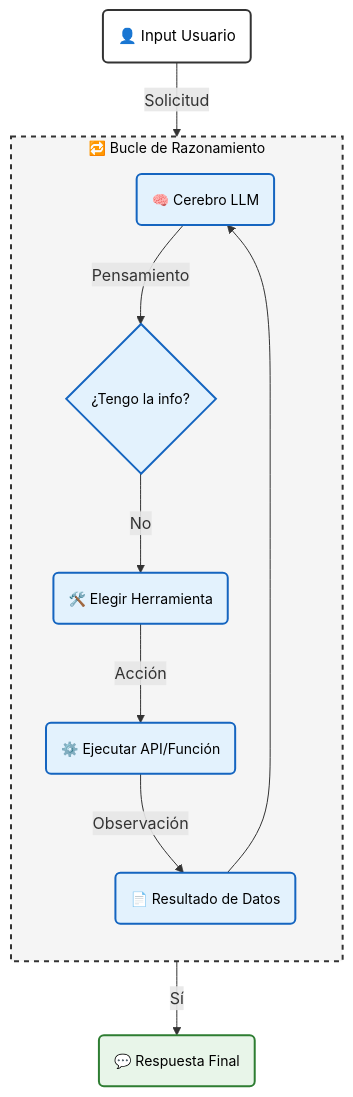
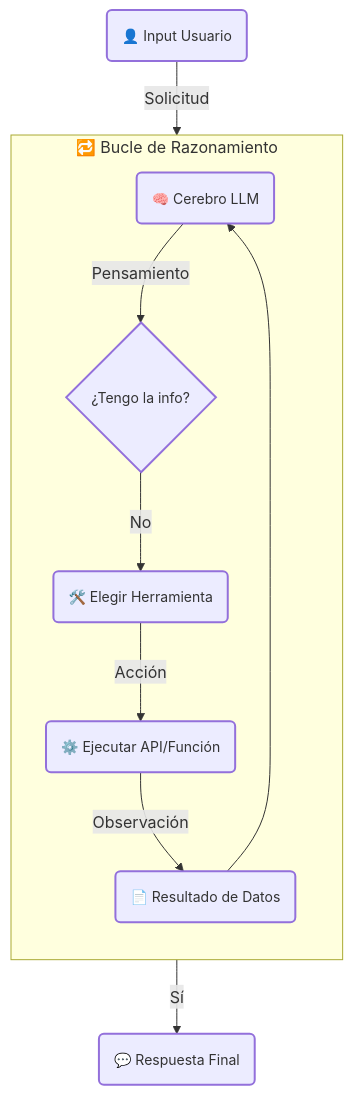
The diagram in docs/guias/05-Ingenieria-Agentes.md (jccarvajal/Arquitectura-IA), drawn with Mermaid before and after one commit.

````diff
--- a/docs/guias/05-Ingenieria-Agentes.md
+++ b/docs/guias/05-Ingenieria-Agentes.md
@@ -36,29 +36,18 @@
 ```mermaid
 graph TD
-    %% ESTILOS (Alto Contraste + Fuente Ajustada)
-    classDef base fill:#ffffff,stroke:#333,stroke-width:2px,color:#000,font-size:15px;
-    classDef blue fill:#e3f2fd,stroke:#1565c0,stroke-width:2px,color:#000,font-size:14px;
-    classDef green fill:#e8f5e9,stroke:#2e7d32,stroke-width:2px,color:#000,font-size:14px;
-    classDef grey fill:#f5f5f5,stroke:#333,stroke-width:2px,color:#000,stroke-dasharray: 5 5,font-size:14px;
+    %% CONFIGURACIÓN MAESTRA: Fuente 14px, Borde visible, Color automático
+    classDef default font-size:14px,stroke-width:2px;
 
-    %% NODOS (Texto en una línea para mantener ancho)
     User(👤 Input Usuario) -->|Solicitud| LLM(🧠 Cerebro LLM)
-    class User base;
-    class LLM blue;
     
-    %% SUBGRAFO DEL BUCLE
     subgraph Ciclo_ReAct [🔁 Bucle de Razonamiento]
         direction TB
         LLM -->|Pensamiento| Decide{¿Tengo la info?}
         Decide -->|No| Tool(🛠️ Elegir Herramienta)
         Tool -->|Acción| API(⚙️ Ejecutar API/Función)
         API -->|Observación| Result(📄 Resultado de Datos)
         Result --> LLM
     end
-    class Ciclo_ReAct grey;
-    class Decide,Tool,API,Result blue;
     
-    %% SALIDA
     Decide -->|Sí| Final(💬 Respuesta Final)
-    class Final green;
 ```
````
